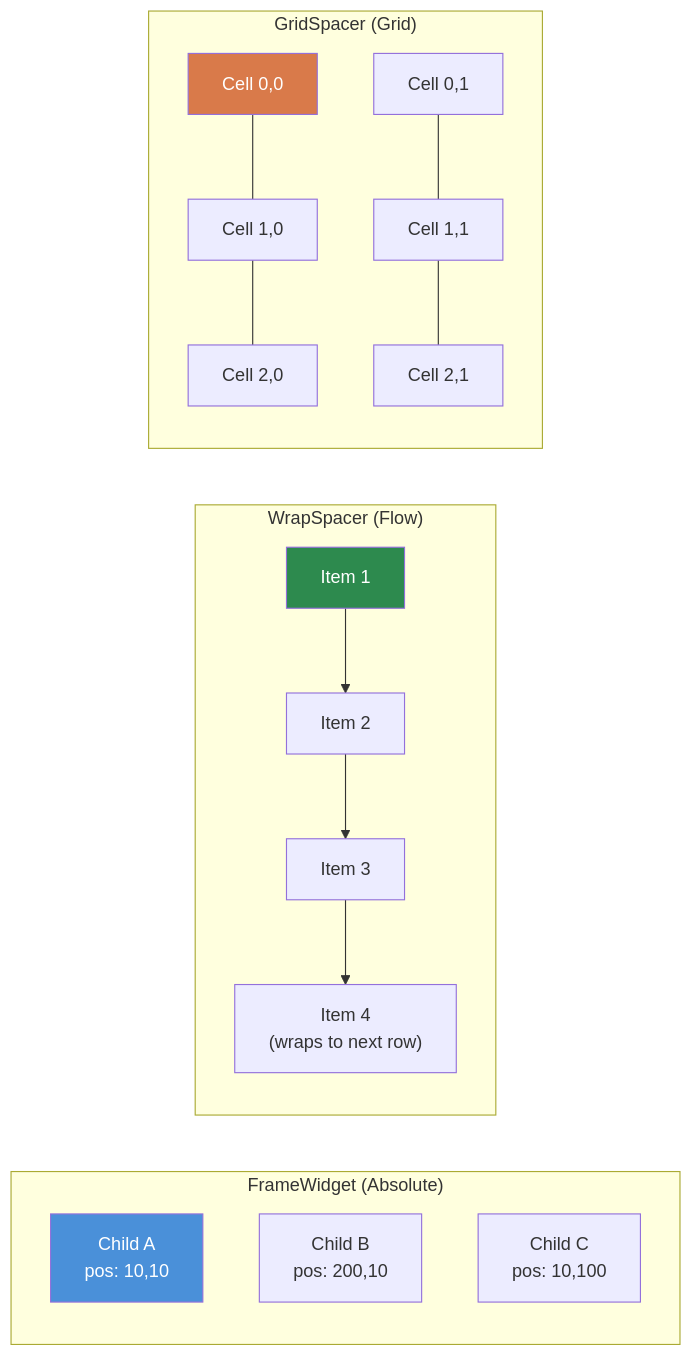
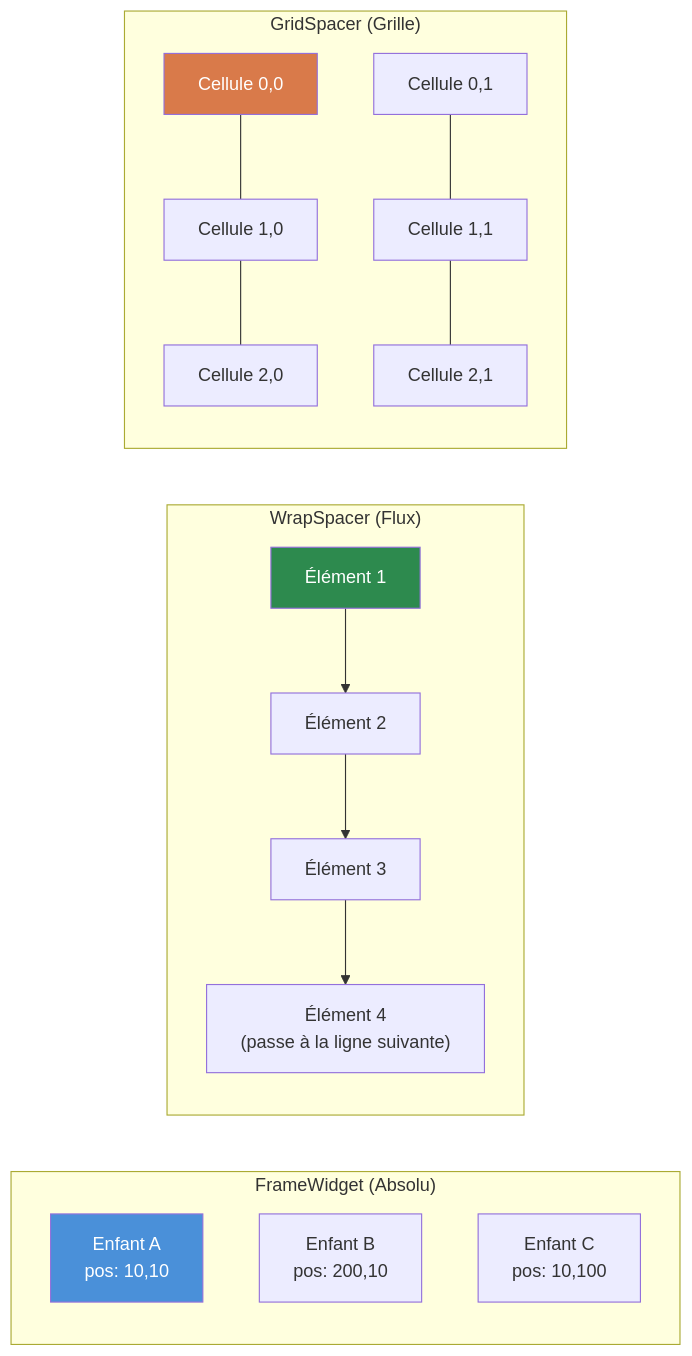
One commit to StarDZ-Team/DayZ-Modding-Wiki changed the first of 2 diagrams in fr/03-gui-system/04-containers.md. Above: the diagram before and after it, drawn with Mermaid. The commit also changed other lines of this file and 3 other files, not shown here.

````diff
--- a/fr/03-gui-system/04-containers.md
+++ b/fr/03-gui-system/04-containers.md
@@ -11,22 +11,22 @@
 ```mermaid
 graph LR
-    subgraph "FrameWidget (Absolute)"
-        FA["Child A<br/>pos: 10,10"]
-        FB["Child B<br/>pos: 200,10"]
-        FC["Child C<br/>pos: 10,100"]
+    subgraph "FrameWidget (Absolu)"
+        FA["Enfant A<br/>pos: 10,10"]
+        FB["Enfant B<br/>pos: 200,10"]
+        FC["Enfant C<br/>pos: 10,100"]
     end
 
-    subgraph "WrapSpacer (Flow)"
-        WA["Item 1"] --> WB["Item 2"] --> WC["Item 3"]
-        WC --> WD["Item 4<br/>(wraps to next row)"]
+    subgraph "WrapSpacer (Flux)"
+        WA["Élément 1"] --> WB["Élément 2"] --> WC["Élément 3"]
+        WC --> WD["Élément 4<br/>(passe à la ligne suivante)"]
     end
 
-    subgraph "GridSpacer (Grid)"
-        GA["Cell 0,0"] --- GB["Cell 1,0"] --- GC["Cell 2,0"]
-        GD["Cell 0,1"] --- GE["Cell 1,1"] --- GF["Cell 2,1"]
+    subgraph "GridSpacer (Grille)"
+        GA["Cellule 0,0"] --- GB["Cellule 1,0"] --- GC["Cellule 2,0"]
+        GD["Cellule 0,1"] --- GE["Cellule 1,1"] --- GF["Cellule 2,1"]
     end
 
     style FA fill:#4A90D9,color:#fff
     style WA fill:#2D8A4E,color:#fff
     style GA fill:#D97A4A,color:#fff
 ```
````
